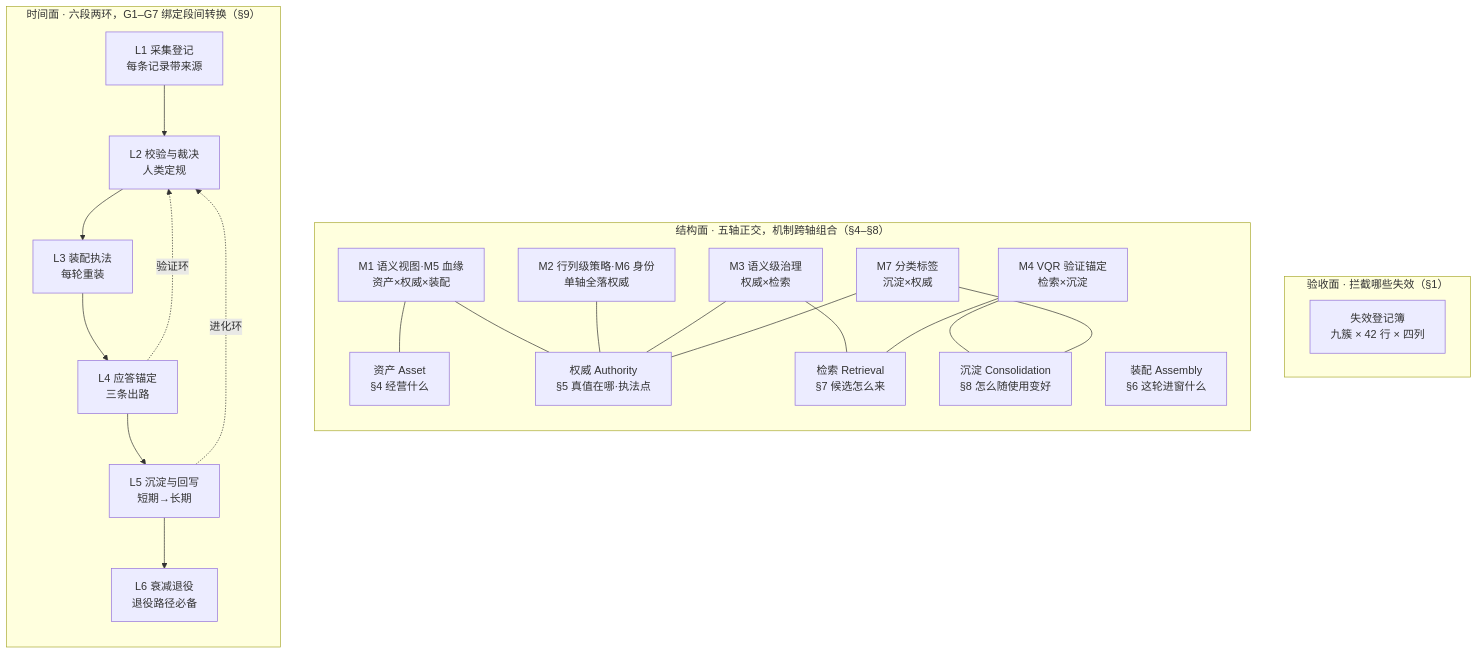
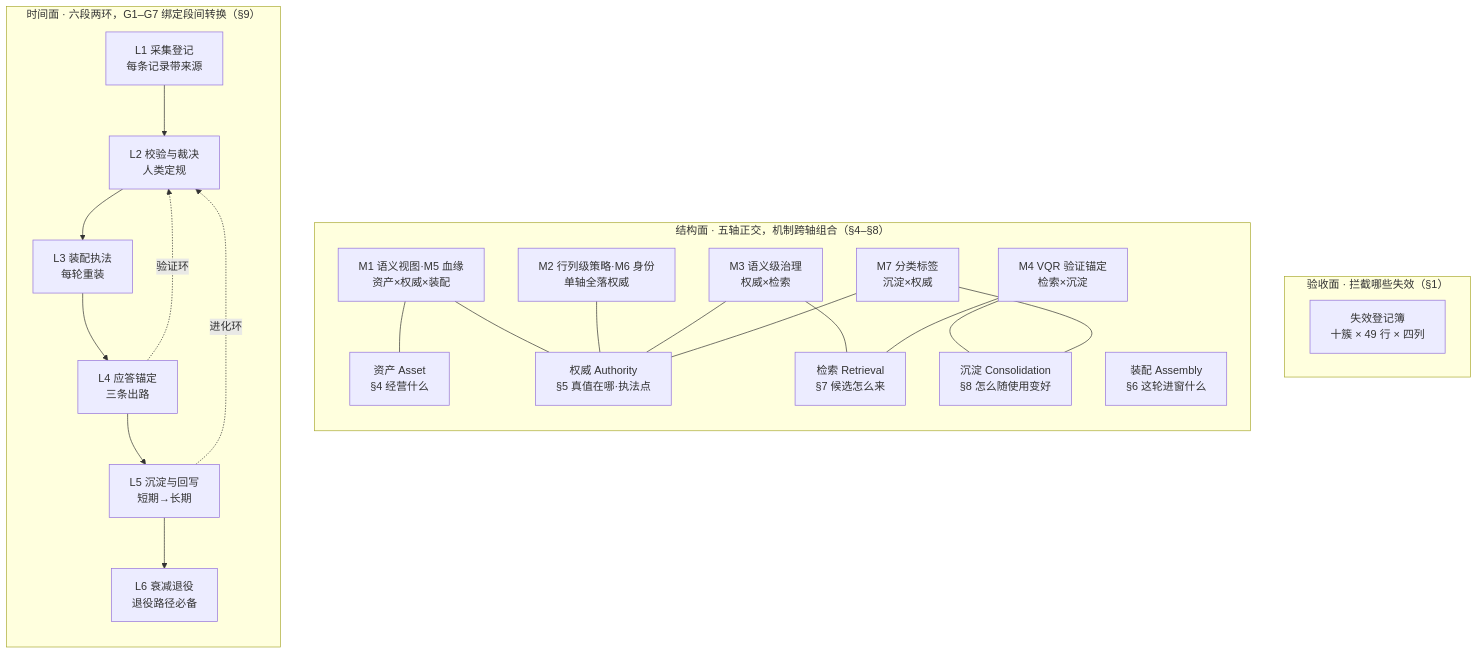
One commit to ThreeFish-AI/negentropy changed the diagram in docs/assets/mermaid/cognitive-context/context-layer-blueprint--architecture.mmd. Above: the diagram before and after it, drawn with Mermaid. The commit also changed 24 other files, not shown here.

First line of the commit message:
docs(diagrams): 三图随登记簿十簇口径重渲——failure-map 增 1.10 协作簇节点与 1.6/1.8 行数更新、architecture 验收面十簇×49 行、first-class-object 四类失效节点（sublabel 收紧过 validate 字号门），candidate/mmd/HTML/双主题 PNG/四门回执全套再生，旧 browser-check 回执挪走重跑，mermaid README 计数同步;

```diff
--- a/docs/assets/mermaid/cognitive-context/context-layer-blueprint--architecture.mmd
+++ b/docs/assets/mermaid/cognitive-context/context-layer-blueprint--architecture.mmd
@@ -1,42 +1,42 @@
 %%source: docs/research/cognitive-context/013-context-layer-blueprint.md §3 总纲：三面蓝图（§3.1 三面各自独立 / §3.3 机制＝多轴组合 / §3.4 六段两环）
 %%slug: cognitive-context/context-layer-blueprint--architecture
 %%type: architecture
-%%derived: archify architecture v3, redesigned from v2（三轴顺序链 → 三面各自独立：验收面登记簿九簇 × 结构面五轴+M1–M7 跨轴组合挂件 × 时间面 L1–L6 六段+验证环/进化环两回边；v2 见 git 史）
+%%derived: archify architecture v3, redesigned from v2（三轴顺序链 → 三面各自独立：验收面登记簿十簇 × 结构面五轴+M1–M7 跨轴组合挂件 × 时间面 L1–L6 六段+验证环/进化环两回边；v2 见 git 史）
 flowchart TB
     subgraph FACE1["验收面 · 拦截哪些失效（§1）"]
-        REG["失效登记簿<br/>九簇 × 42 行 × 四列"]
+        REG["失效登记簿<br/>十簇 × 49 行 × 四列"]
     end
     subgraph FACE2["结构面 · 五轴正交，机制跨轴组合（§4–§8）"]
         direction TB
         A1["资产 Asset<br/>§4 经营什么"]
         A2["权威 Authority<br/>§5 真值在哪·执法点"]
         A3["装配 Assembly<br/>§6 这轮进窗什么"]
         A4["检索 Retrieval<br/>§7 候选怎么来"]
         A5["沉淀 Consolidation<br/>§8 怎么随使用变好"]
         M15["M1 语义视图·M5 血缘<br/>资产×权威×装配"]
         M26["M2 行列级策略·M6 身份<br/>单轴全落权威"]
         M3["M3 语义级治理<br/>权威×检索"]
         M4["M4 VQR 验证锚定<br/>检索×沉淀"]
         M7["M7 分类标签<br/>沉淀×权威"]
         M15 --- A1
         M15 --- A2
         M26 --- A2
         M3 --- A2
         M3 --- A4
         M4 --- A4
         M4 --- A5
         M7 --- A5
         M7 --- A2
     end
     subgraph FACE3["时间面 · 六段两环，G1–G7 绑定段间转换（§9）"]
         direction TB
         L1["L1 采集登记<br/>每条记录带来源"]
         L2["L2 校验与裁决<br/>人类定规"]
         L3["L3 装配执法<br/>每轮重装"]
         L4["L4 应答锚定<br/>三条出路"]
         L5["L5 沉淀与回写<br/>短期→长期"]
         L6["L6 衰减退役<br/>退役路径必备"]
         L1 --> L2 --> L3 --> L4 --> L5 --> L6
         L4 -.->|"验证环"| L2
         L5 -.->|"进化环"| L2
     end
```
